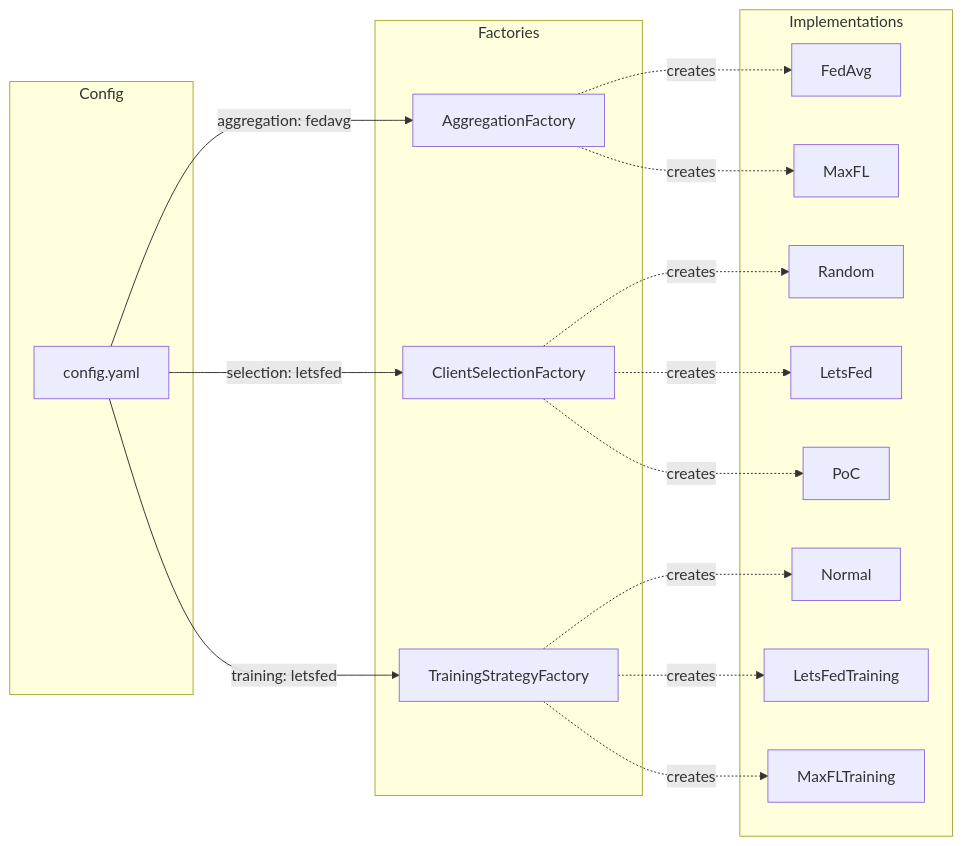
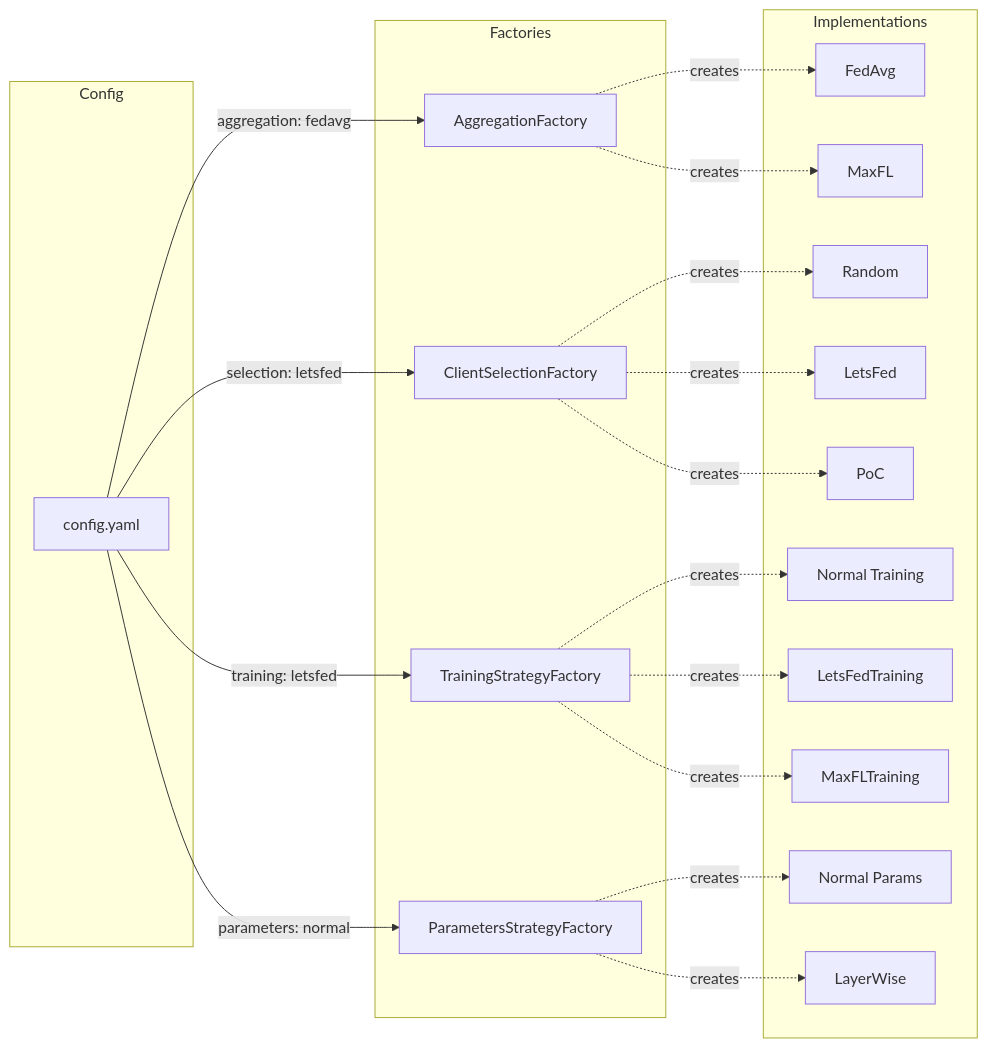
The second of 12 diagrams in README.md (rafaeloj/LetsFed), drawn with Mermaid before and after one commit. The commit also changed other lines of this file, not shown here.

````diff
--- a/README.md
+++ b/README.md
@@ -311,36 +380,42 @@
 ```mermaid
 graph LR
     subgraph Factories
         AF[AggregationFactory]
         CSF[ClientSelectionFactory]
         TSF[TrainingStrategyFactory]
+        PSF[ParametersStrategyFactory]
     end
 
     subgraph Config
         C[config.yaml]
     end
 
     subgraph Implementations
         FA[FedAvg]
         MX[MaxFL]
         RN[Random]
         LF[LetsFed]
         PC[PoC]
-        NR[Normal]
+        NR[Normal Training]
         LT[LetsFedTraining]
         MT[MaxFLTraining]
+        NP[Normal Params]
+        LW[LayerWise]
     end
 
     C -->|aggregation: fedavg| AF
     C -->|selection: letsfed| CSF
     C -->|training: letsfed| TSF
+    C -->|parameters: normal| PSF
 
     AF -.->|creates| FA
     AF -.->|creates| MX
     CSF -.->|creates| RN
     CSF -.->|creates| LF
     CSF -.->|creates| PC
     TSF -.->|creates| NR
     TSF -.->|creates| LT
     TSF -.->|creates| MT
+    PSF -.->|creates| NP
+    PSF -.->|creates| LW
 ```
````
